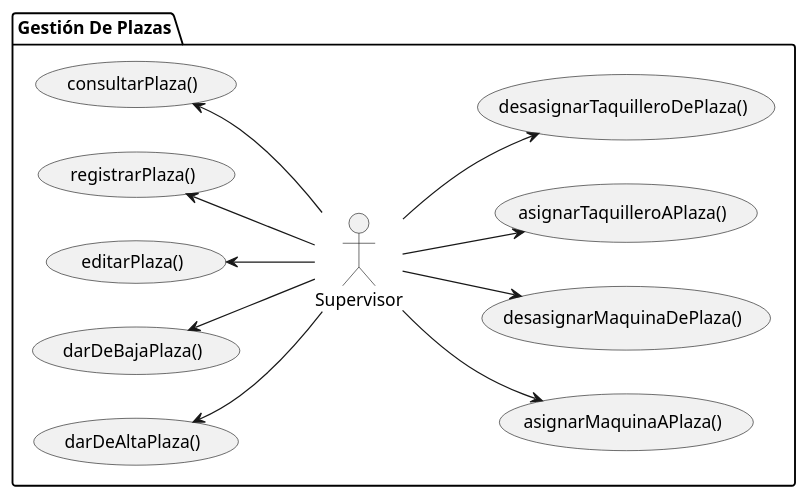
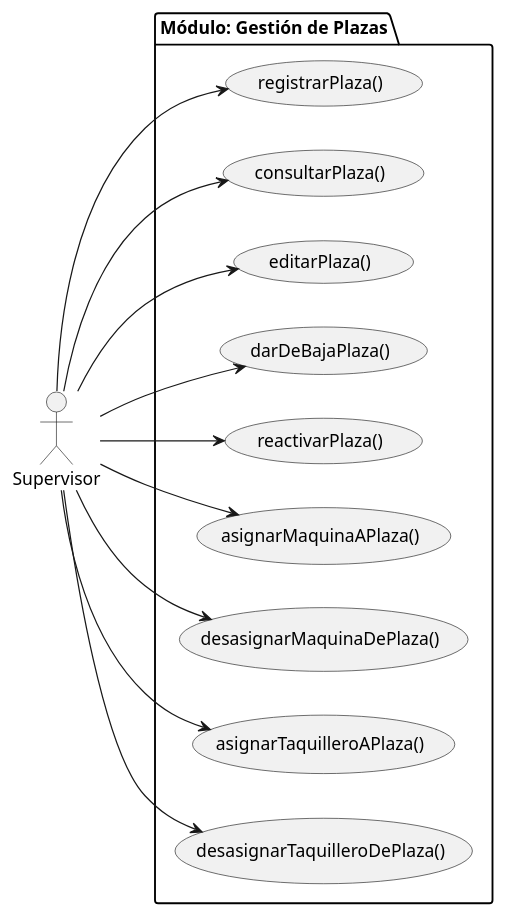
One commit to aeRomeroz/pyTicketing changed the diagram in UML/00-requisitos/01-actores-casosDeUso/00-actores/Supervisor/Plaza/DdCdU-supervisor-gestionDePlaza.puml. Above: the diagram before and after it, drawn with PlantUML. The commit also changed 14 other files, not shown here.

First line of the commit message:
refactor(casos-de-uso): estandarizar diagramas de casos de uso y relaciones UML

```diff
--- a/UML/00-requisitos/01-actores-casosDeUso/00-actores/Supervisor/Plaza/DdCdU-supervisor-gestionDePlaza.puml
+++ b/UML/00-requisitos/01-actores-casosDeUso/00-actores/Supervisor/Plaza/DdCdU-supervisor-gestionDePlaza.puml
@@ -1,37 +1,33 @@
-@startuml diagrama-casos-uso-supervisor-gestion-de-plazas
+@startuml DdCdU-supervisor-gestion-de-plazas
 
 left to right direction
 
-package "Gestión De Plazas" {
+actor "Supervisor" as supervisor
 
-    actor "Supervisor" as supervisor
-
+package "Módulo: Gestión de Plazas" {
+    usecase registrarPlaza as "registrarPlaza()"
     usecase consultarPlaza as "consultarPlaza()"
-    usecase registrarPlaza as "registrarPlaza()"
     usecase editarPlaza as "editarPlaza()"
     usecase darDeBajaPlaza as "darDeBajaPlaza()"
-    usecase darDeAltaPlaza as "darDeAltaPlaza()"
-    
+    usecase reactivarPlaza as "reactivarPlaza()"
+
     usecase asignarMaquinaAPlaza as "asignarMaquinaAPlaza()"
     usecase desasignarMaquinaDePlaza as "desasignarMaquinaDePlaza()"
 
     usecase asignarTaquilleroAPlaza as "asignarTaquilleroAPlaza()"
     usecase desasignarTaquilleroDePlaza as "desasignarTaquilleroDePlaza()"
- 
 }
 
-
-consultarPlaza <-- supervisor
-registrarPlaza <-- supervisor
-editarPlaza <-- supervisor
-darDeBajaPlaza <-- supervisor
-darDeAltaPlaza <-- supervisor
+supervisor --> registrarPlaza
+supervisor --> consultarPlaza
+supervisor --> editarPlaza
+supervisor --> darDeBajaPlaza
+supervisor --> reactivarPlaza
 
 supervisor --> asignarMaquinaAPlaza
 supervisor --> desasignarMaquinaDePlaza
 
 supervisor --> asignarTaquilleroAPlaza
 supervisor --> desasignarTaquilleroDePlaza
 
-
 @enduml
```
